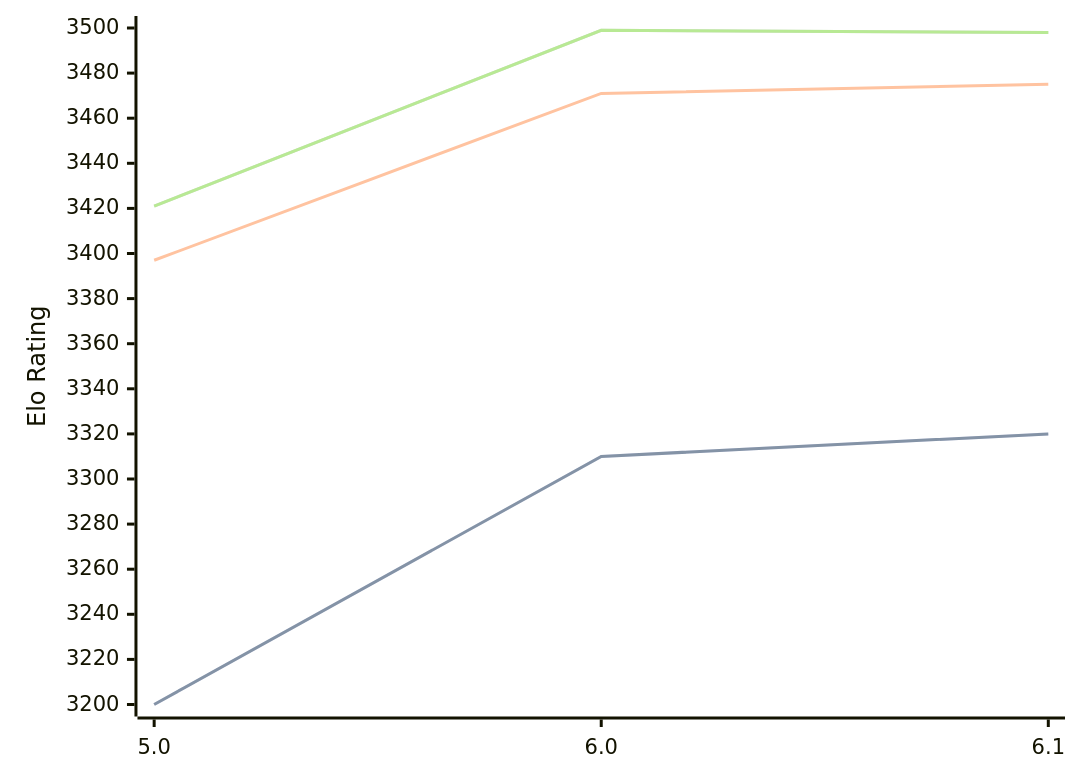
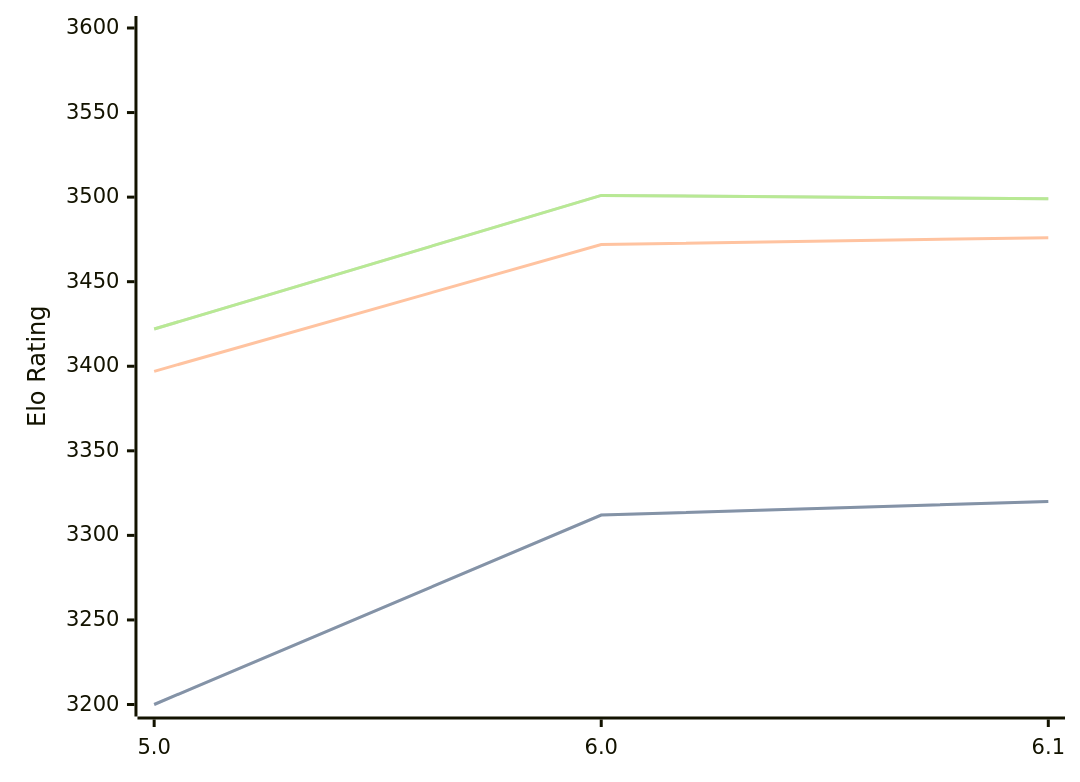
Before and after one commit to computer-chess-index/cci: the third of 3 diagrams in engines/Starzix.md, drawn with Mermaid. The commit also changed other lines of this file, not shown here.

Commit message:
Update CCI Ratings (ELO VLTC) - 2026-07-02

````diff
--- a/engines/Starzix.md
+++ b/engines/Starzix.md
@@ -70,11 +70,11 @@
 ```mermaid
 %%{init: {"theme":"base","themeVariables":{"seriesColors:['#a3a3a3','#222221','#faa371']}}}%%
 xychart-beta
   x-axis ["5.0", "6.0", "6.1"]
-  y-axis "Elo Rating" 3200 --> 3500
-  line "STC (8.0+0.08s)" [3200, 3310, 3320]
-  line "STC (8.0+0.08s)" [3200, 3310, 3320]
-  line "LTC (60.0+0.60s)" [3397, 3471, 3475]
-  line "VLTC (2m24s+1.12s)" [3421, 3499, 3498]
-  line "VLTC (2m24s+1.12s)" [3421, 3499, 3498]
+  y-axis "Elo Rating" 3200 --> 3600
+  line "STC (8.0+0.08s)" [3200, 3312, 3320]
+  line "STC (8.0+0.08s)" [3200, 3312, 3320]
+  line "LTC (60.0+0.60s)" [3397, 3472, 3476]
+  line "VLTC (2m24s+1.12s)" [3422, 3501, 3499]
+  line "VLTC (2m24s+1.12s)" [3422, 3501, 3499]
 ```
````
